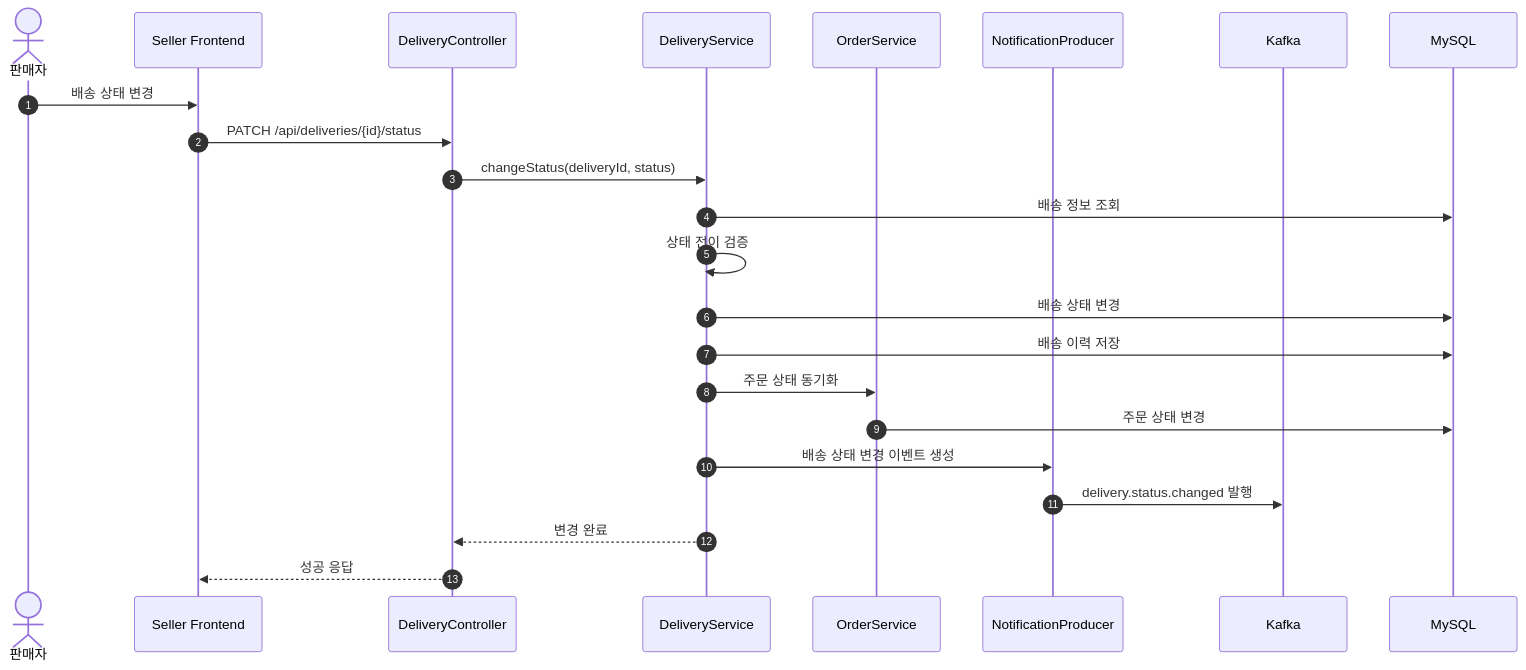
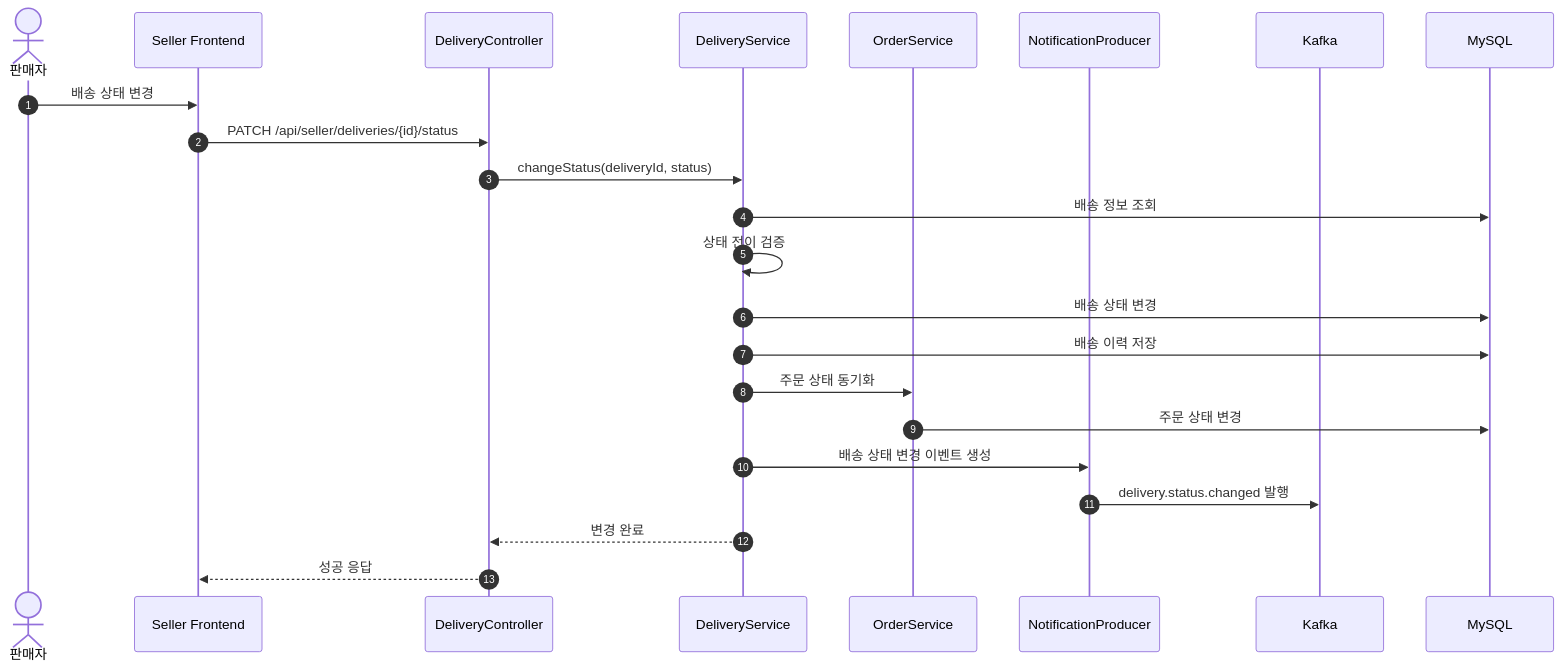
Before and after one commit to one-stop-project/one-stop-project-docs: the tenth of 27 diagrams in documents/sequence/domain-sequence-diagrams.md, drawn with Mermaid. The commit also changed other lines of this file and 6 other files, not shown here.

Commit message:
공통 문서(엔티티 관계도·에러코드·플로우·시퀀스) 코드 정합화 및 에러코드 레퍼런스 신설

````diff
--- a/documents/sequence/domain-sequence-diagrams.md
+++ b/documents/sequence/domain-sequence-diagrams.md
@@ -451,30 +451,30 @@
 ```mermaid
 sequenceDiagram
     autonumber
     actor Seller as 판매자
     participant FE as Seller Frontend
     participant DeliveryController as DeliveryController
     participant DeliveryService as DeliveryService
     participant OrderService as OrderService
     participant NotificationProducer as NotificationProducer
     participant Kafka as Kafka
     participant DB as MySQL
 
     Seller->>FE: 배송 상태 변경
-    FE->>DeliveryController: PATCH /api/deliveries/{id}/status
+    FE->>DeliveryController: PATCH /api/seller/deliveries/{id}/status
     DeliveryController->>DeliveryService: changeStatus(deliveryId, status)
 
     DeliveryService->>DB: 배송 정보 조회
     DeliveryService->>DeliveryService: 상태 전이 검증
     DeliveryService->>DB: 배송 상태 변경
     DeliveryService->>DB: 배송 이력 저장
 
     DeliveryService->>OrderService: 주문 상태 동기화
     OrderService->>DB: 주문 상태 변경
 
     DeliveryService->>NotificationProducer: 배송 상태 변경 이벤트 생성
     NotificationProducer->>Kafka: delivery.status.changed 발행
 
     DeliveryService-->>DeliveryController: 변경 완료
     DeliveryController-->>FE: 성공 응답
 ```
````
